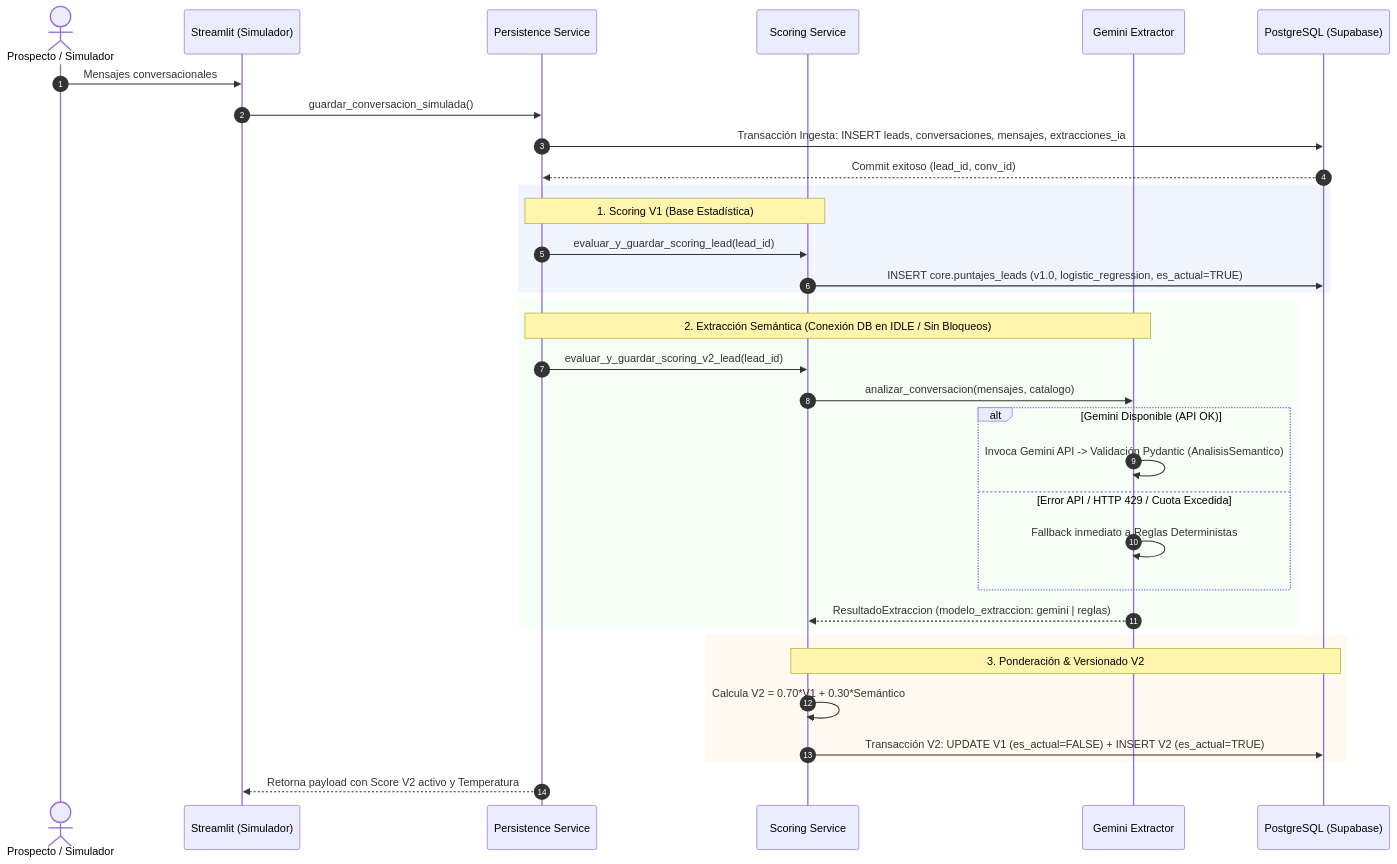
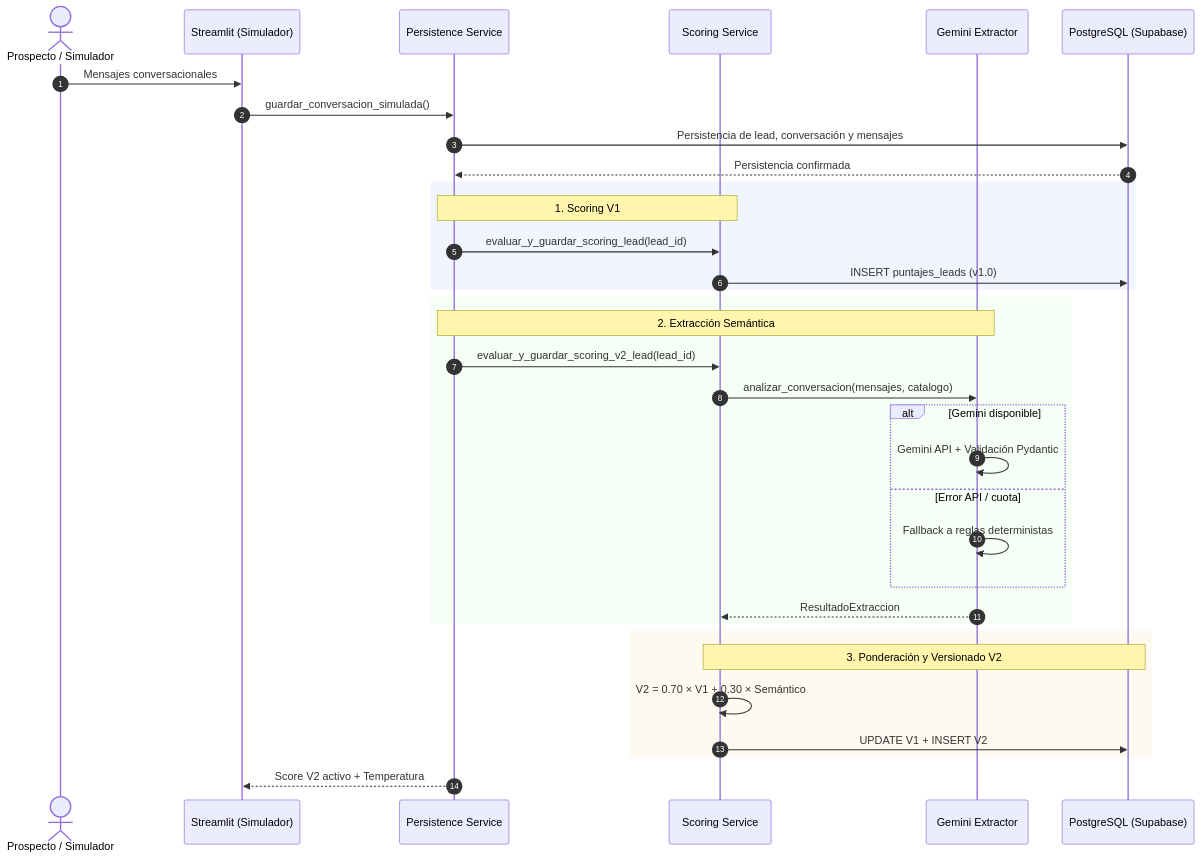
The second of 5 diagrams in README.md (c-c23/motos-AI), drawn with Mermaid before and after one commit. The commit also changed other lines of this file and 2 other files, not shown here.

````diff
--- a/README.md
+++ b/README.md
@@ -131,41 +131,45 @@
 ```mermaid
 sequenceDiagram
     autonumber
+
     actor Cliente as Prospecto / Simulador
     participant UI as Streamlit (Simulador)
     participant Persist as Persistence Service
     participant Sco as Scoring Service
     participant Ext as Gemini Extractor
     participant DB as PostgreSQL (Supabase)
 
     Cliente->>UI: Mensajes conversacionales
     UI->>Persist: guardar_conversacion_simulada()
-    Persist->>DB: Transacción Ingesta: INSERT leads, conversaciones, mensajes, extracciones_ia
-    DB-->>Persist: Commit exitoso (lead_id, conv_id)
-    
+
+    Persist->>DB: Persistencia de lead, conversación y mensajes
+    DB-->>Persist: Persistencia confirmada
+
     rect rgb(240, 245, 255)
-        Note over Persist,Sco: 1. Scoring V1 (Base Estadística)
+        Note over Persist,Sco: 1. Scoring V1
         Persist->>Sco: evaluar_y_guardar_scoring_lead(lead_id)
-        Sco->>DB: INSERT core.puntajes_leads (v1.0, logistic_regression, es_actual=TRUE)
+        Sco->>DB: INSERT puntajes_leads (v1.0)
     end
 
     rect rgb(245, 255, 245)
-        Note over Persist,Ext: 2. Extracción Semántica (Conexión DB en IDLE / Sin Bloqueos)
+        Note over Persist,Ext: 2. Extracción Semántica
         Persist->>Sco: evaluar_y_guardar_scoring_v2_lead(lead_id)
         Sco->>Ext: analizar_conversacion(mensajes, catalogo)
-        alt Gemini Disponible (API OK)
-            Ext->>Ext: Invoca Gemini API -> Validación Pydantic (AnalisisSemantico)
-        else Error API / HTTP 429 / Cuota Excedida
-            Ext->>Ext: Fallback inmediato a Reglas Deterministas
+
+        alt Gemini disponible
+            Ext->>Ext: Gemini API + Validación Pydantic
+        else Error API / cuota
+            Ext->>Ext: Fallback a reglas deterministas
         end
-        Ext-->>Sco: ResultadoExtraccion (modelo_extraccion: gemini | reglas)
+
+        Ext-->>Sco: ResultadoExtraccion
     end
 
     rect rgb(255, 250, 240)
-        Note over Sco,DB: 3. Ponderación & Versionado V2
-        Sco->>Sco: Calcula V2 = 0.70*V1 + 0.30*Semántico
-        Sco->>DB: Transacción V2: UPDATE V1 (es_actual=FALSE) + INSERT V2 (es_actual=TRUE)
+        Note over Sco,DB: 3. Ponderación y Versionado V2
+        Sco->>Sco: V2 = 0.70 × V1 + 0.30 × Semántico
+        Sco->>DB: UPDATE V1 + INSERT V2
     end
 
-    Persist-->>UI: Retorna payload con Score V2 activo y Temperatura
+    Persist-->>UI: Score V2 activo + Temperatura
 ```
````
